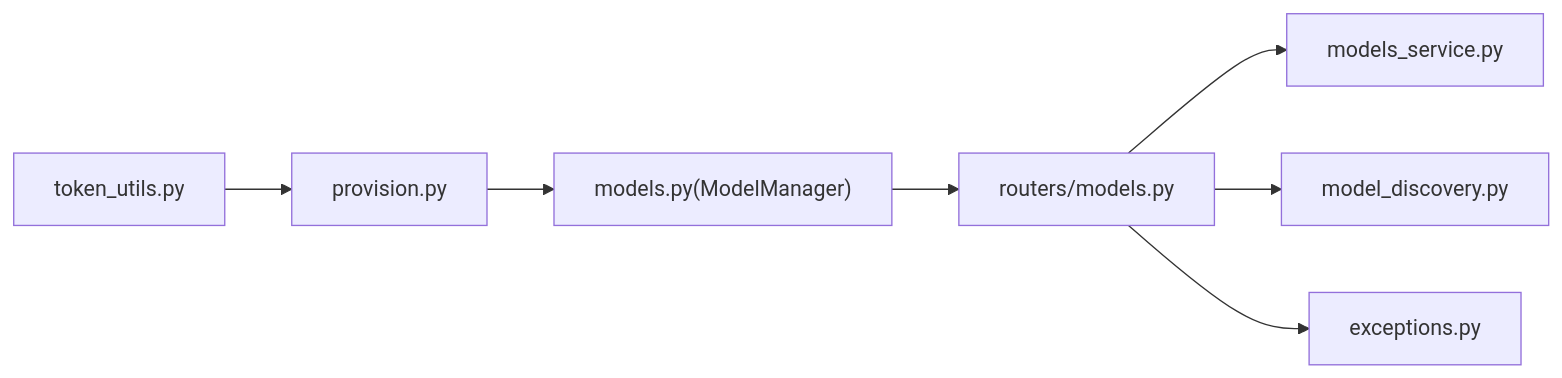
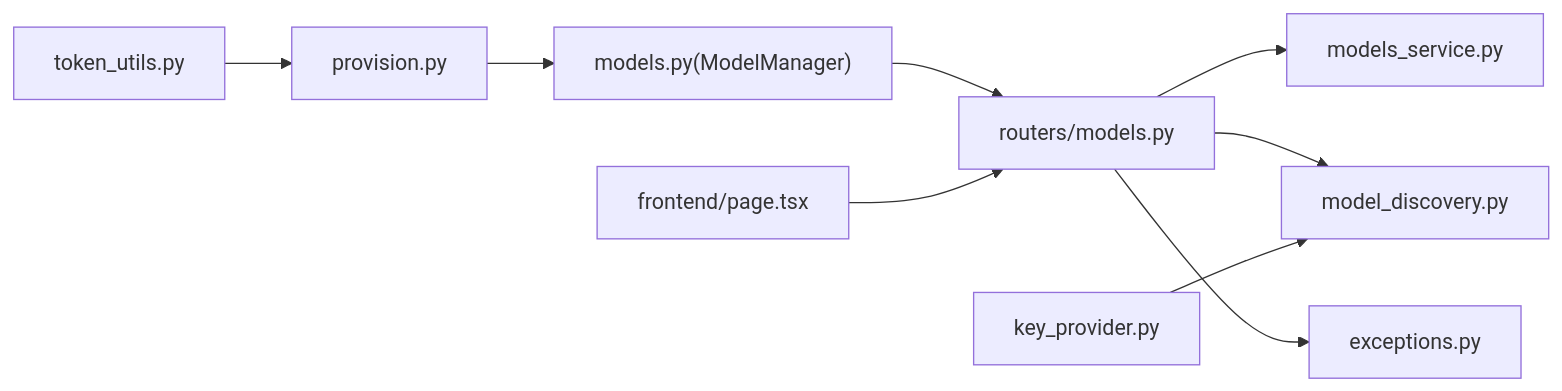
One commit to jackeyunjie/open-notebook changed the seventh of 7 diagrams in .qoder/repowiki/zh/content/后端架构/AI服务集成/模型发现与选择.md. Above: the diagram before and after it, drawn with Mermaid. The commit also changed other lines of this file and 89 other files, not shown here.

````diff
--- a/.qoder/repowiki/zh/content/后端架构/AI服务集成/模型发现与选择.md
+++ b/.qoder/repowiki/zh/content/后端架构/AI服务集成/模型发现与选择.md
@@ -331,9 +373,11 @@
 ```mermaid
 graph LR
 TU["token_utils.py"] --> PR["provision.py"]
 PR --> MM["models.py(ModelManager)"]
 MM --> APIR["routers/models.py"]
 APIR --> MS["models_service.py"]
 APIR --> MD["model_discovery.py"]
 APIR --> EX["exceptions.py"]
+KP["key_provider.py"] --> MD
+FR["frontend/page.tsx"] --> APIR
 ```
````
